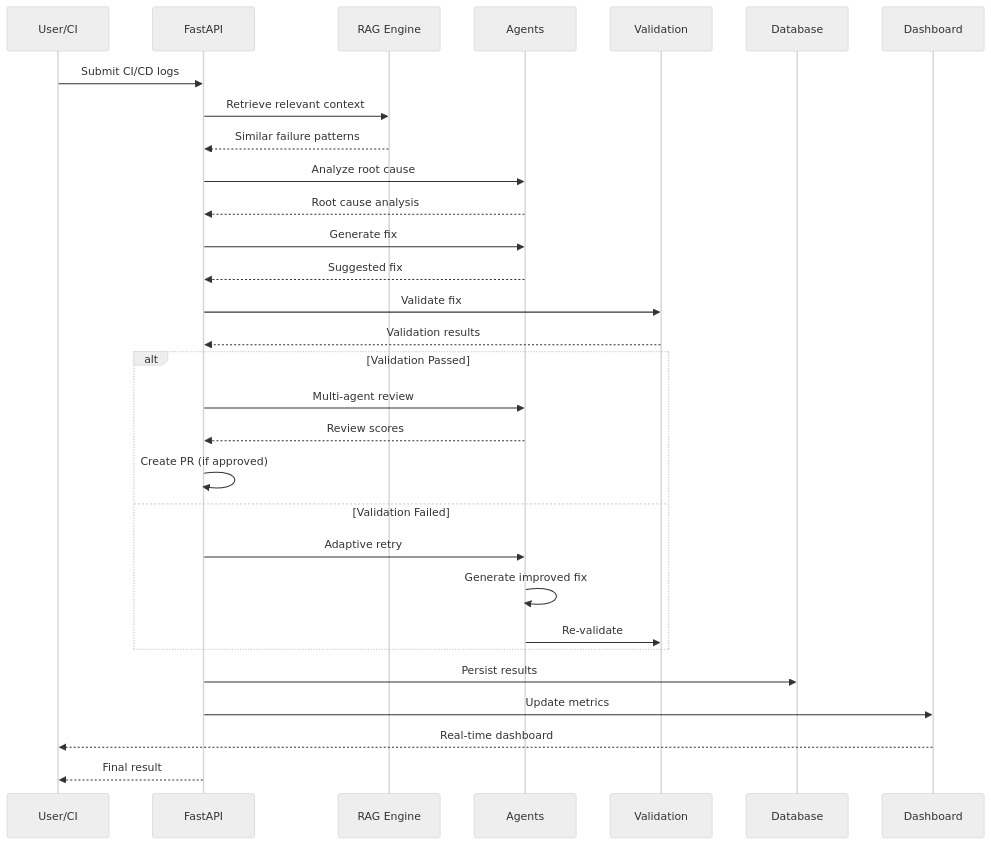
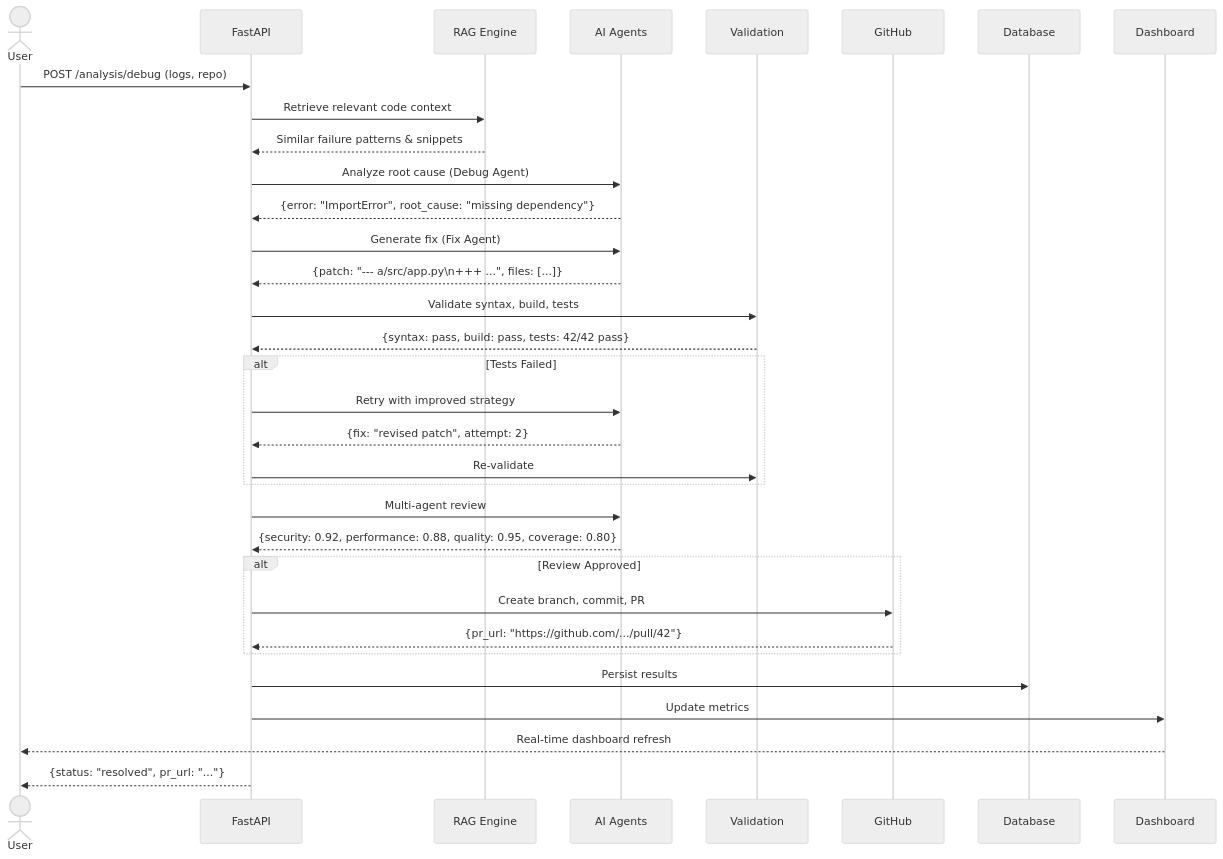
One commit to Poulabi8137/self-healing-ci-agent changed the second of 2 diagrams in README.md. Above: the diagram before and after it, drawn with Mermaid (neutral theme). The commit also changed other lines of this file, not shown here.

````diff
--- a/README.md
+++ b/README.md
@@ -141,33 +181,43 @@
 ```mermaid
 sequenceDiagram
-    participant U as User/CI
+    actor User
     participant API as FastAPI
     participant RAG as RAG Engine
-    participant AG as Agents
-    participant VAL as Validation
+    participant Agents as AI Agents
+    participant Val as Validation
+    participant GH as GitHub
     participant DB as Database
-    participant DASH as Dashboard
+    participant Dash as Dashboard
 
-    U->>API: Submit CI/CD logs
-    API->>RAG: Retrieve relevant context
-    RAG-->>API: Similar failure patterns
-    API->>AG: Analyze root cause
-    AG-->>API: Root cause analysis
-    API->>AG: Generate fix
-    AG-->>API: Suggested fix
-    API->>VAL: Validate fix
-    VAL-->>API: Validation results
-    alt Validation Passed
-        API->>AG: Multi-agent review
-        AG-->>API: Review scores
-        API->>API: Create PR (if approved)
-    else Validation Failed
-        API->>AG: Adaptive retry
-        AG->>AG: Generate improved fix
-        AG->>VAL: Re-validate
+    User->>API: POST /analysis/debug (logs, repo)
+    API->>RAG: Retrieve relevant code context
+    RAG-->>API: Similar failure patterns & snippets
+    
+    API->>Agents: Analyze root cause (Debug Agent)
+    Agents-->>API: {error: "ImportError", root_cause: "missing dependency"}
+    
+    API->>Agents: Generate fix (Fix Agent)
+    Agents-->>API: {patch: "--- a/src/app.py\n+++ ...", files: [...]}
+    
+    API->>Val: Validate syntax, build, tests
+    Val-->>API: {syntax: pass, build: pass, tests: 42/42 pass}
+    
+    alt Tests Failed
+        API->>Agents: Retry with improved strategy
+        Agents-->>API: {fix: "revised patch", attempt: 2}
+        API->>Val: Re-validate
     end
+    
+    API->>Agents: Multi-agent review
+    Agents-->>API: {security: 0.92, performance: 0.88, quality: 0.95, coverage: 0.80}
+    
+    alt Review Approved
+        API->>GH: Create branch, commit, PR
+        GH-->>API: {pr_url: "https://github.com/.../pull/42"}
+    end
+    
     API->>DB: Persist results
-    API->>DASH: Update metrics
-    DASH-->>U: Real-time dashboard
-    API-->>U: Final result
+    API->>Dash: Update metrics
+    Dash-->>User: Real-time dashboard refresh
+    API-->>User: {status: "resolved", pr_url: "..."}
 ```
````
